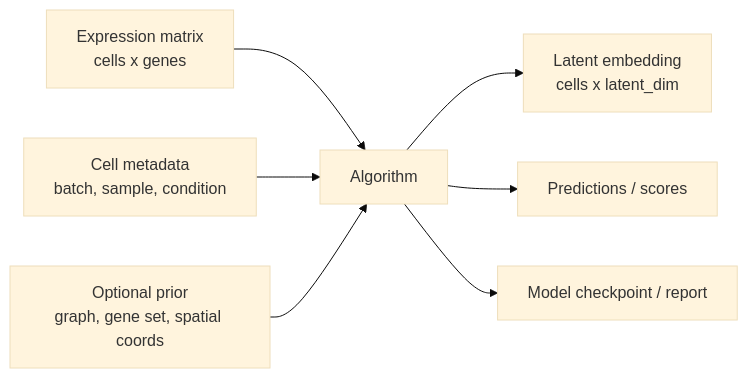
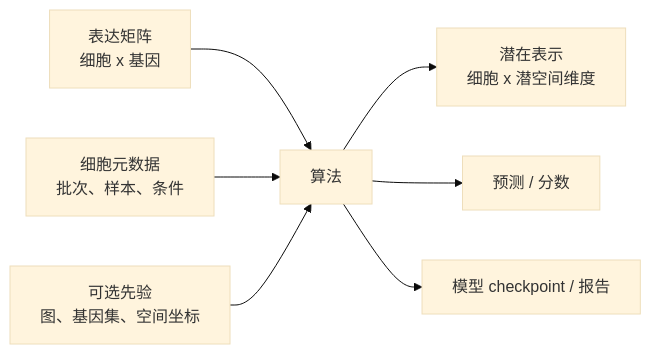
The first of 2 diagrams in docs/algorithms/template/index.md (l1ttle-light/sc-tools), drawn with Mermaid (base theme) before and after one commit. The commit also changed other lines of this file and 37 other files, not shown here.

````diff
--- a/docs/algorithms/template/index.md
+++ b/docs/algorithms/template/index.md
@@ -52,9 +52,9 @@
 ```mermaid
 flowchart LR
-  A["Expression matrix<br/>cells x genes"] --> D["Algorithm"]
-  B["Cell metadata<br/>batch, sample, condition"] --> D
-  C["Optional prior<br/>graph, gene set, spatial coords"] --> D
-  D --> E["Latent embedding<br/>cells x latent_dim"]
-  D --> F["Predictions / scores"]
-  D --> G["Model checkpoint / report"]
+  A["表达矩阵<br/>细胞 x 基因"] --> D["算法"]
+  B["细胞元数据<br/>批次、样本、条件"] --> D
+  C["可选先验<br/>图、基因集、空间坐标"] --> D
+  D --> E["潜在表示<br/>细胞 x 潜空间维度"]
+  D --> F["预测 / 分数"]
+  D --> G["模型 checkpoint / 报告"]
 ```
````
